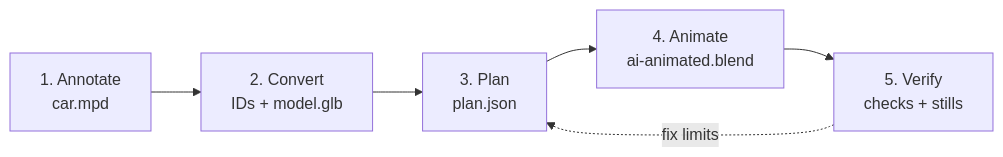
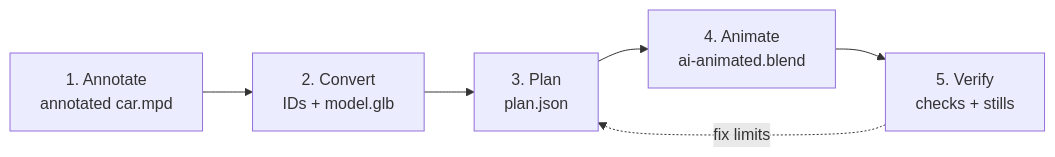
One commit to anteloc/ldraw-mecha changed the first of 4 diagrams in PROCESS.md. Above: the diagram before and after it, drawn with Mermaid. The commit also changed other lines of this file, not shown here.

````diff
--- a/PROCESS.md
+++ b/PROCESS.md
@@ -9,8 +7,8 @@
 ```mermaid
 flowchart LR
-    s1["1. Annotate<br/>car.mpd"] --> s2["2. Convert<br/>IDs + model.glb"]
+    s1["1. Annotate<br/>annotated car.mpd"] --> s2["2. Convert<br/>IDs + model.glb"]
     s2 --> s3["3. Plan<br/>plan.json"]
     s3 --> s4["4. Animate<br/>ai-animated.blend"]
     s4 --> s5["5. Verify<br/>checks + stills"]
     s5 -. "fix limits" .-> s3
 ```
````
